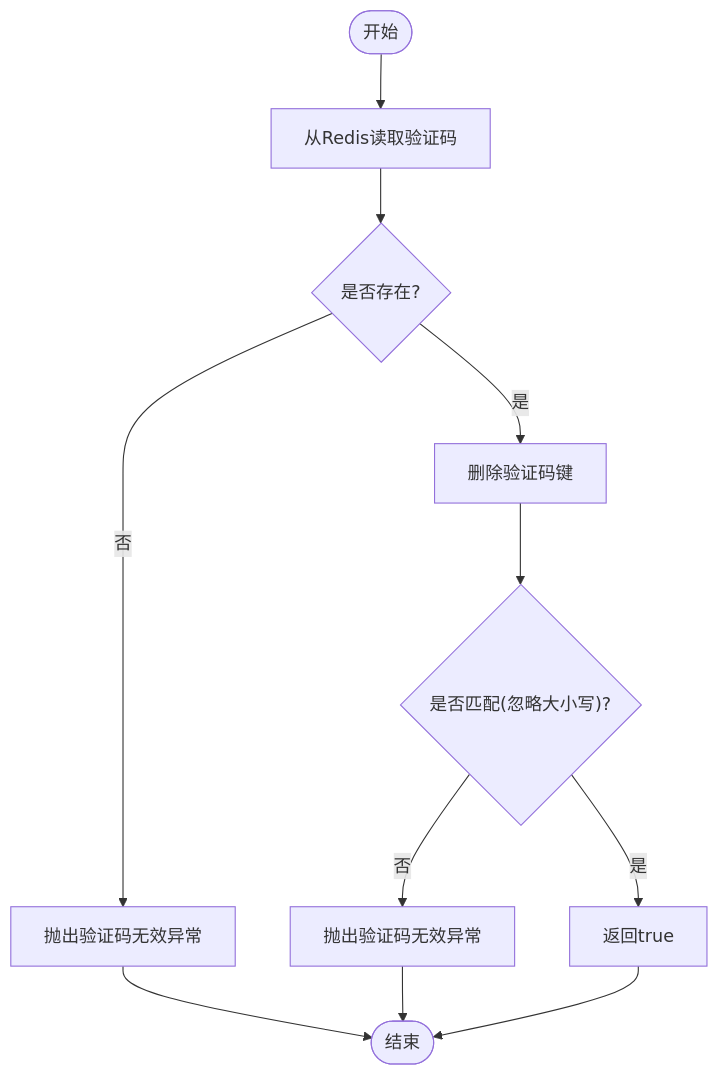
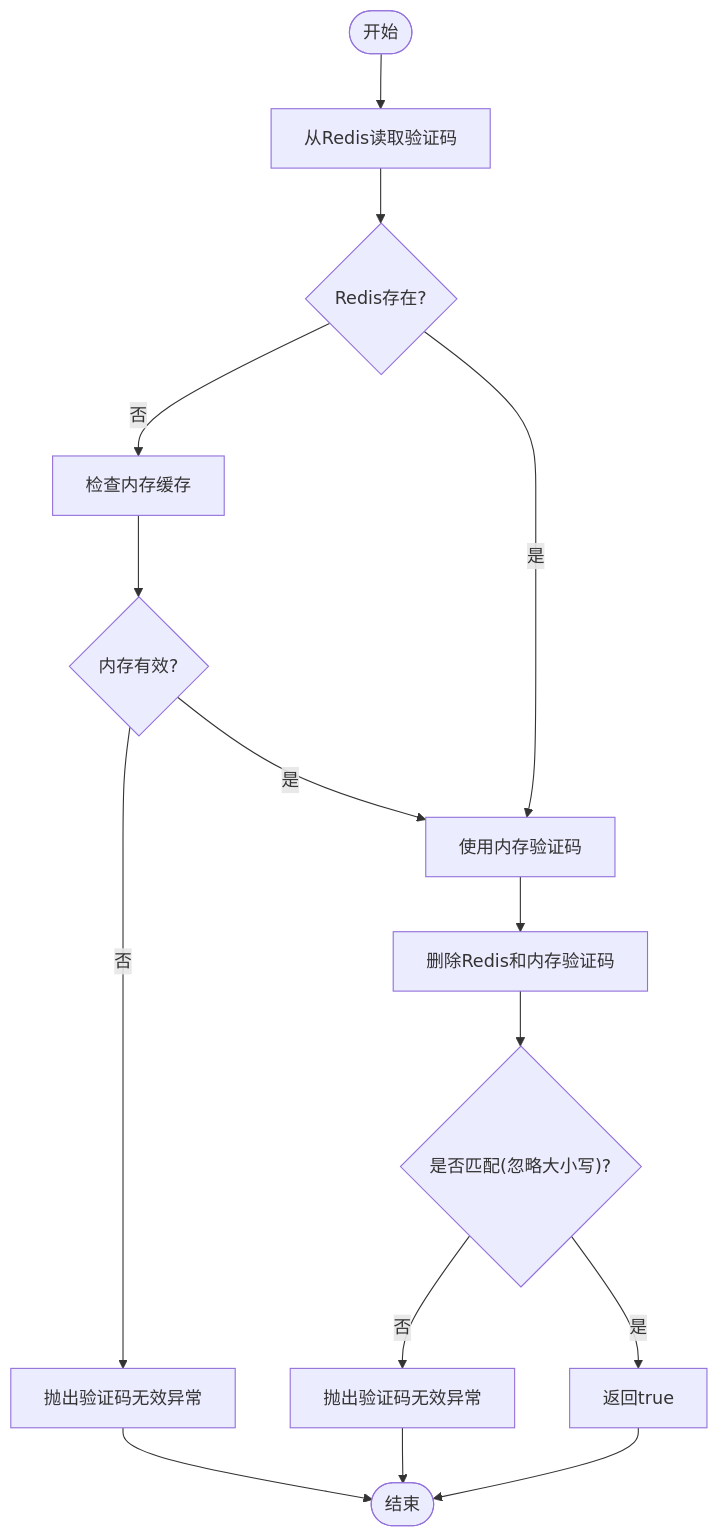
One commit to translateServers/nodes-stack changed the fifth of 8 diagrams in .qoder/repowiki/zh/content/后端系统/认证授权系统/验证码系统.md. Above: the diagram before and after it, drawn with Mermaid. The commit also changed other lines of this file and 8 other files, not shown here.

````diff
--- a/.qoder/repowiki/zh/content/后端系统/认证授权系统/验证码系统.md
+++ b/.qoder/repowiki/zh/content/后端系统/认证授权系统/验证码系统.md
@@ -164,13 +219,17 @@
 ```mermaid
 flowchart TD
 VStart(["开始"]) --> Load["从Redis读取验证码"]
-Load --> Exists{"是否存在?"}
-Exists -- 否 --> Throw["抛出验证码无效异常"]
-Exists -- 是 --> Del["删除验证码键"]
-Del --> Compare{"是否匹配(忽略大小写)?"}
+Load --> RedisExists{"Redis存在?"}
+RedisExists -- 否 --> MemCheck["检查内存缓存"]
+MemCheck --> MemValid{"内存有效?"}
+MemValid -- 否 --> Throw["抛出验证码无效异常"]
+MemValid -- 是 --> VerifiedCode["使用内存验证码"]
+RedisExists -- 是 --> VerifiedCode
+VerifiedCode --> Delete["删除Redis和内存验证码"]
+Delete --> Compare{"是否匹配(忽略大小写)?"}
 Compare -- 否 --> Throw2["抛出验证码无效异常"]
 Compare -- 是 --> OK["返回true"]
 Throw --> VEnd(["结束"])
 Throw2 --> VEnd
 OK --> VEnd
 ```
````
